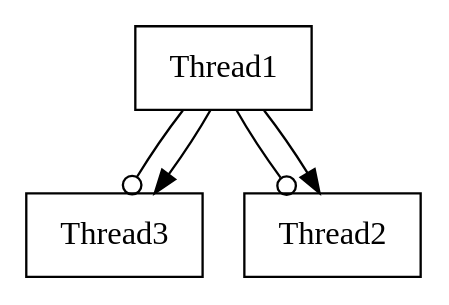
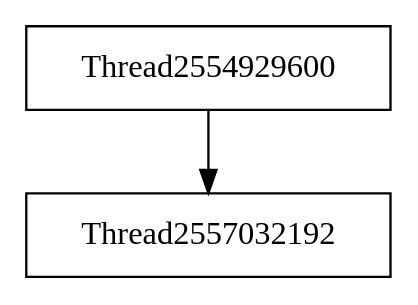
One commit to v4o6/cs410 changed the diagram in view/dot/graph004.dot. Above: the diagram before and after it, drawn with Graphviz. The commit also changed 214 other files, not shown here.

Commit message:
Switched parser.pl to parse libthreadtrace.log instead of temp log file. Changed graphviz output from PNG to SVG to get rid of pixelation.

```diff
--- a/view/dot/graph004.dot
+++ b/view/dot/graph004.dot
@@ -1,10 +1,6 @@
 digraph G {
-graph[center=1];
-Thread3 [shape=box,color=black];
-Thread1 [shape=box,color=black];
-Thread1 -> Thread2 [arrowhead=odot];
-Thread1 -> Thread3 [arrowhead=odot];
-Thread1 -> Thread3 [arrowhead=normal];
-Thread1 -> Thread2 [arrowhead=normal];
-Thread2 [shape=box,color=black];
+graph[center=true];
+Thread2554929600 [shape=box,color=black];
+Thread2554929600 -> Thread2557032192 [arrowhead=normal];
+Thread2557032192 [shape=box,color=black];
 }
```
